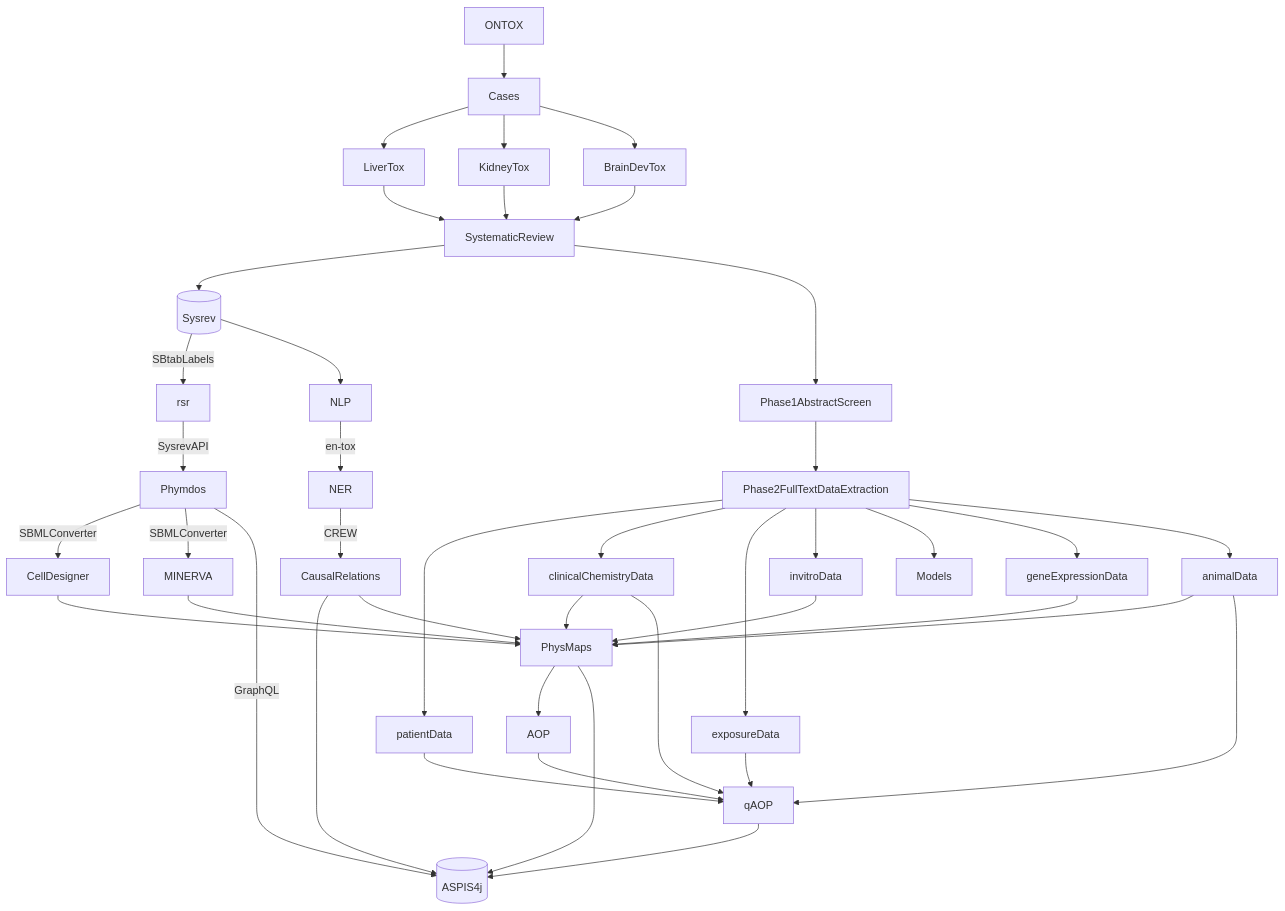
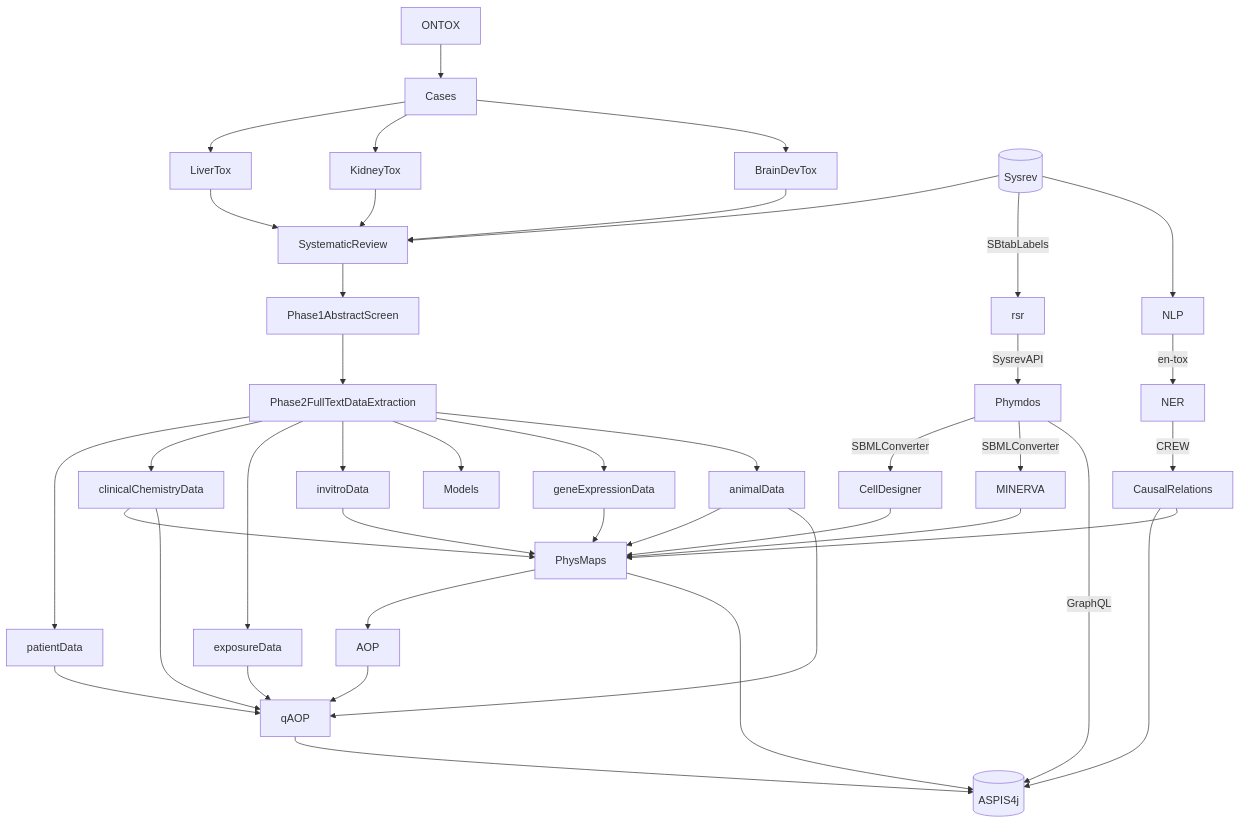
One commit to ontox-hu/workflows changed the diagram in LiteratureToAop.md. Above: the diagram before and after it, drawn with Mermaid.

````diff
--- a/LiteratureToAop.md
+++ b/LiteratureToAop.md
@@ -1,55 +1,55 @@
 ```mermaid
 flowchart TD
   
   ONTOX-->Cases
 
   Cases-->LiverTox
   Cases-->KidneyTox
   Cases-->BrainDevTox
   
   LiverTox-->SystematicReview
   KidneyTox-->SystematicReview
   BrainDevTox-->SystematicReview
   
-  SystematicReview-->Sysrev[(Sysrev)]
+  Sysrev[(Sysrev)]-->SystematicReview
   
   Sysrev[(Sysrev)]-->|SBtabLabels| rsr
   rsr-->|SysrevAPI| Phymdos
   Phymdos-->|SBMLConverter| CellDesigner
   Phymdos-->|SBMLConverter| MINERVA
   Phymdos-->|GraphQL| ASPIS4j
   CellDesigner-->PhysMaps
   MINERVA-->PhysMaps
   
   
   SystematicReview-->Phase1AbstractScreen
   Phase1AbstractScreen-->Phase2FullTextDataExtraction
   Sysrev[(Sysrev)]-->NLP
   NLP-->|en-tox| NER
   NER-->|CREW| CausalRelations
   CausalRelations-->ASPIS4j[(ASPIS4j)]
   CausalRelations-->PhysMaps
   
   
   Phase2FullTextDataExtraction-->patientData
   Phase2FullTextDataExtraction-->clinicalChemistryData
   Phase2FullTextDataExtraction-->exposureData
   Phase2FullTextDataExtraction-->invitroData
   Phase2FullTextDataExtraction-->Models
   Phase2FullTextDataExtraction-->geneExpressionData
   Phase2FullTextDataExtraction-->animalData
   
   clinicalChemistryData-->PhysMaps
   invitroData-->PhysMaps
   geneExpressionData-->PhysMaps
   animalData-->PhysMaps
   exposureData-->qAOP
   clinicalChemistryData-->qAOP
   patientData-->qAOP
   animalData-->qAOP
   
   PhysMaps-->AOP-->qAOP
   qAOP-->ASPIS4j[(ASPIS4j)]
   PhysMaps-->ASPIS4j[(ASPIS4j)]
   
 ```
````
